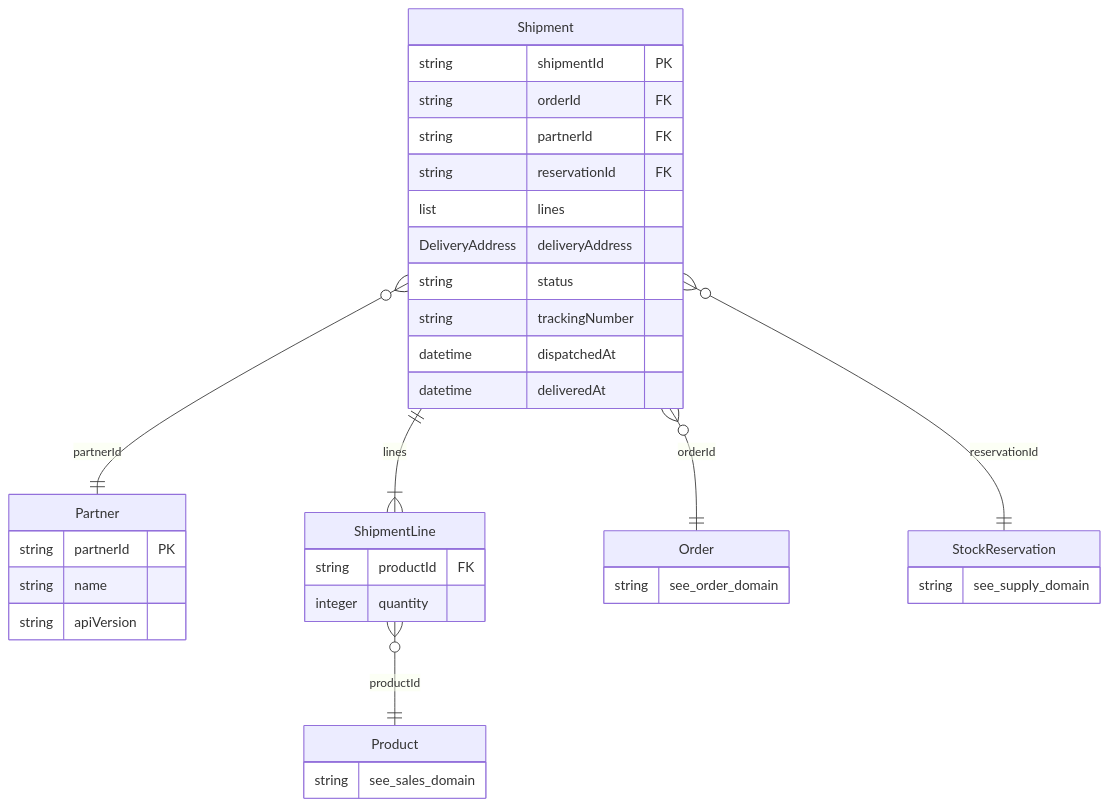
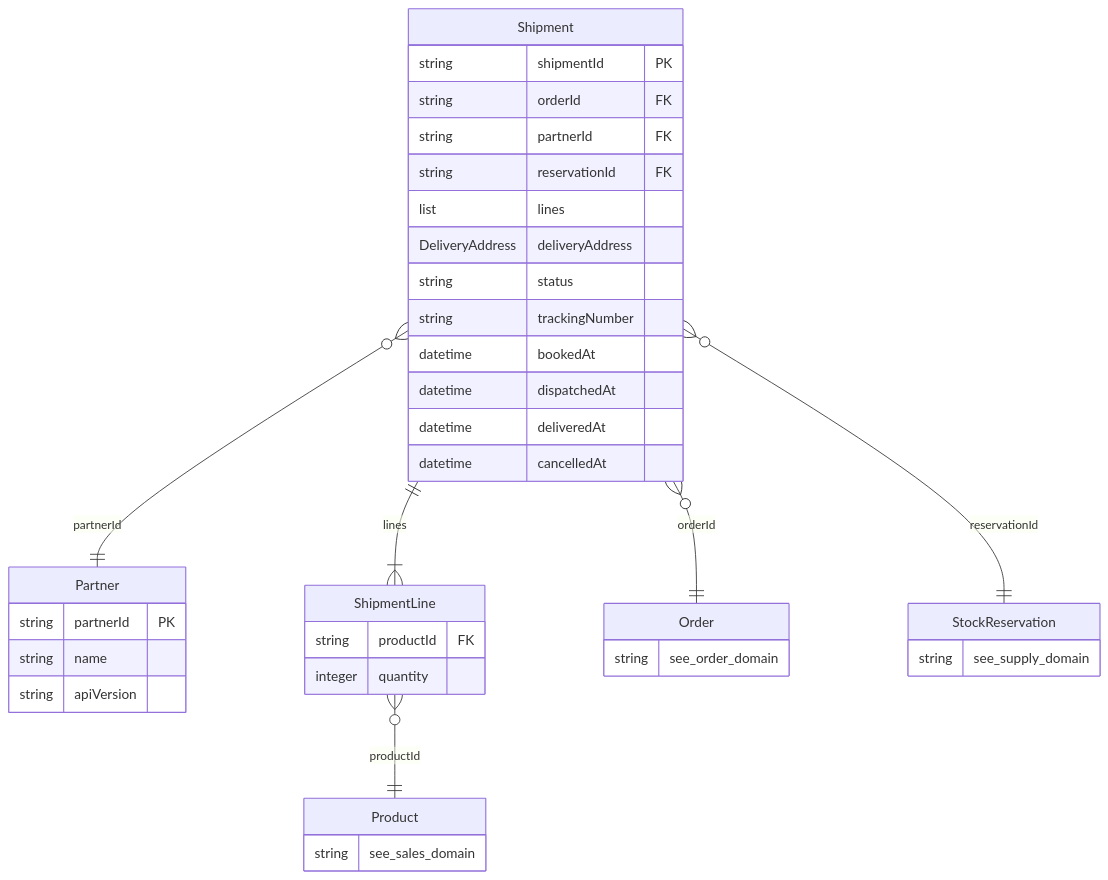
Before and after one commit to azure-intelligence-domain/ai-intelligence-domain: the sixth of 7 diagrams in docs/architecture/data-models.md, drawn with Mermaid. The commit also changed other lines of this file and 7 other files, not shown here.

````diff
--- a/docs/architecture/data-models.md
+++ b/docs/architecture/data-models.md
@@ -395,38 +498,40 @@
 ```mermaid
 erDiagram
     Partner {
         string partnerId PK
         string name
         string apiVersion
     }
     Shipment {
         string shipmentId PK
         string orderId FK
         string partnerId FK
         string reservationId FK
         list lines
         DeliveryAddress deliveryAddress
         string status
         string trackingNumber
+        datetime bookedAt
         datetime dispatchedAt
         datetime deliveredAt
+        datetime cancelledAt
     }
     ShipmentLine {
         string productId FK
         integer quantity
     }
     Order {
         string see_order_domain
     }
     Product {
         string see_sales_domain
     }
     StockReservation {
         string see_supply_domain
     }
     Shipment }o--|| Order : "orderId"
     Shipment }o--|| Partner : "partnerId"
     Shipment }o--|| StockReservation : "reservationId"
     Shipment ||--|{ ShipmentLine : "lines"
     ShipmentLine }o--|| Product : "productId"
 ```
````
